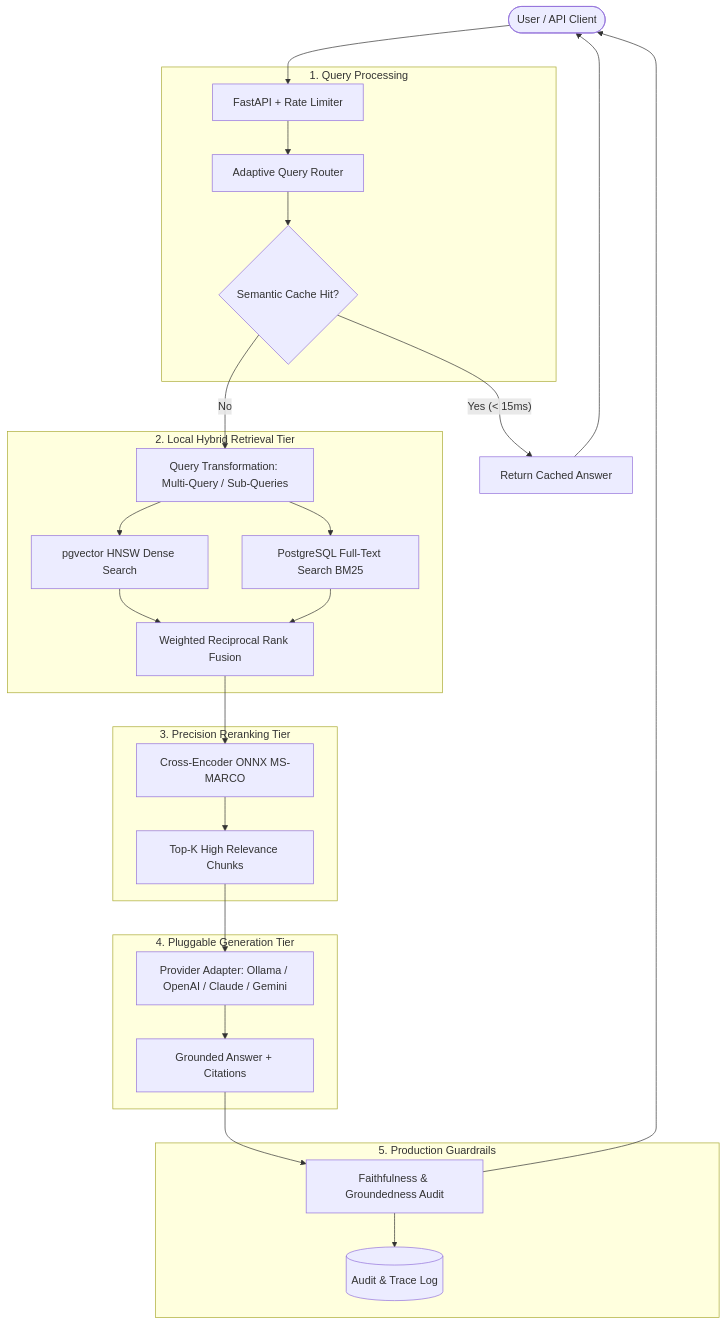
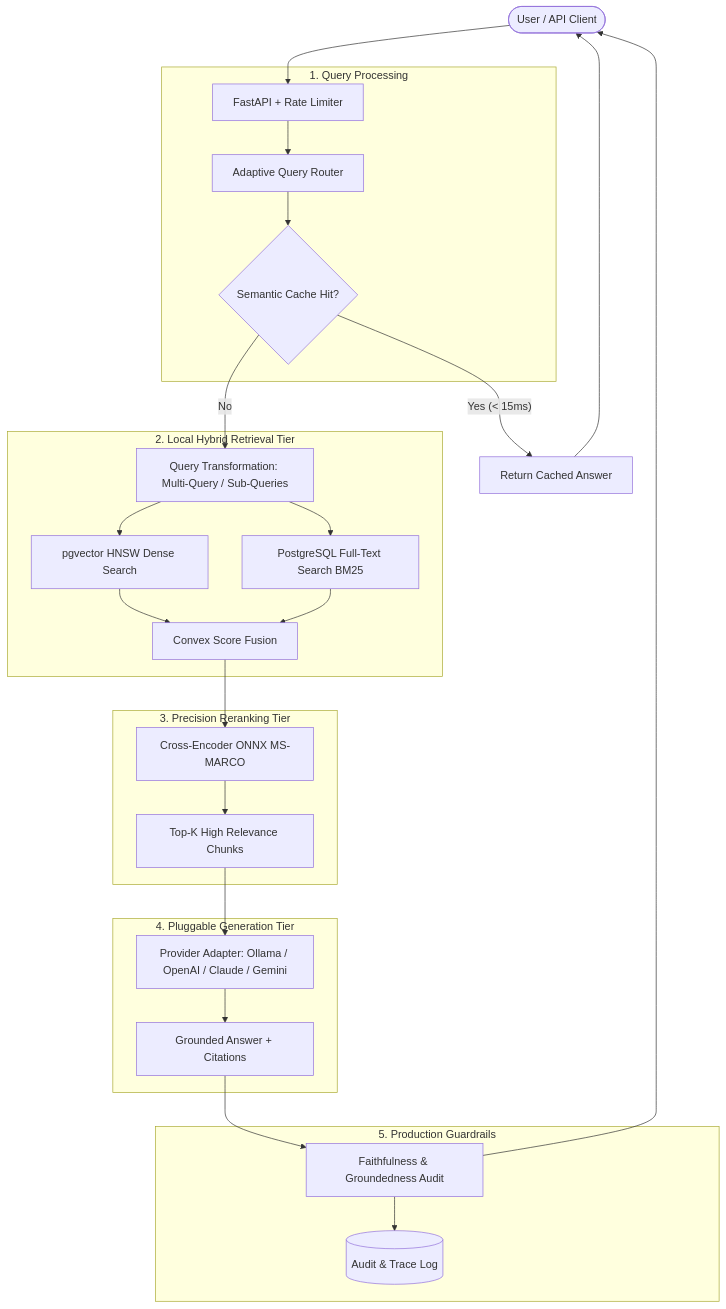
Before and after one commit to njNagaraj/RAG-production: the diagram in README.md, drawn with Mermaid. The commit also changed other lines of this file and 3 other files, not shown here.

First line of the commit message:
docs: README benchmarks on SciFact and NFCorpus with convex fusion

````diff
--- a/README.md
+++ b/README.md
@@ -90,37 +90,37 @@
 ```mermaid
 flowchart TD
     User([User / API Client]) --> Gateway[FastAPI + Rate Limiter]
     
     subgraph Routing ["1. Query Processing"]
         Gateway --> Router[Adaptive Query Router]
         Router --> Cache{Semantic Cache Hit?}
     end
 
     Cache -- Yes (< 15ms) --> CachedResp[Return Cached Answer]
     
     Cache -- No --> Transform[Query Transformation: Multi-Query / Sub-Queries]
     
     subgraph Retrieval ["2. Local Hybrid Retrieval Tier"]
         Transform --> Dense[pgvector HNSW Dense Search]
         Transform --> Sparse[PostgreSQL Full-Text Search BM25]
-        Dense & Sparse --> RRF[Weighted Reciprocal Rank Fusion]
+        Dense & Sparse --> RRF[Convex Score Fusion]
     end
 
     subgraph Reranking ["3. Precision Reranking Tier"]
         RRF --> Rerank[Cross-Encoder ONNX MS-MARCO]
         Rerank --> TopK[Top-K High Relevance Chunks]
     end
 
     subgraph Generation ["4. Pluggable Generation Tier"]
         TopK --> GenEngine[Provider Adapter: Ollama / OpenAI / Claude / Gemini]
         GenEngine --> Stream[Grounded Answer + Citations]
     end
 
     subgraph Guardrail ["5. Production Guardrails"]
         Stream --> Faithfulness[Faithfulness & Groundedness Audit]
         Faithfulness --> AuditLog[(Audit & Trace Log)]
     end
 
     CachedResp --> User
     Faithfulness --> User
 ```
````
